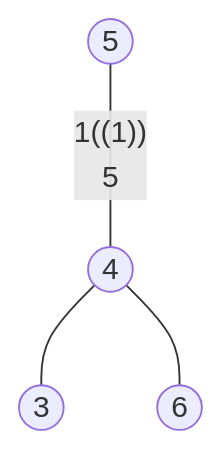
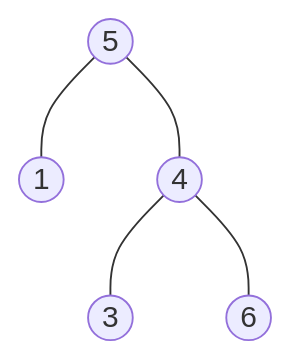
One commit to PasseRR/JavaLeetCode changed the second of 2 diagrams in docs/_chapters/4.lcci/page1/0405.md. Above: the diagram before and after it, drawn with Mermaid. The commit also changed 8 other files, not shown here.

````diff
--- a/docs/_chapters/4.lcci/page1/0405.md
+++ b/docs/_chapters/4.lcci/page1/0405.md
@@ -29,7 +29,7 @@
 ```mermaid
 graph TB
-5((5)) -- 1((1))
+5((5)) --- 1((1))
 5 --- 4((4))
 4 --- 3((3))
 4 --- 6((6))
 ```
````
